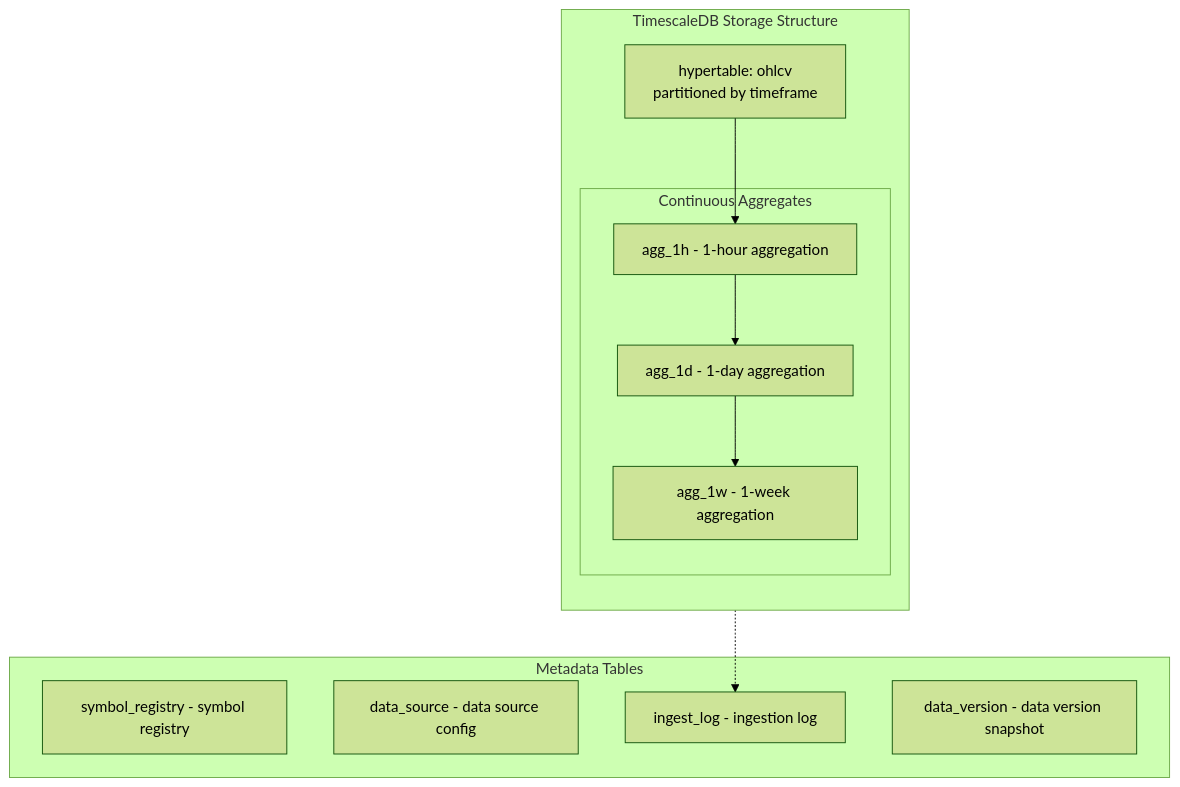
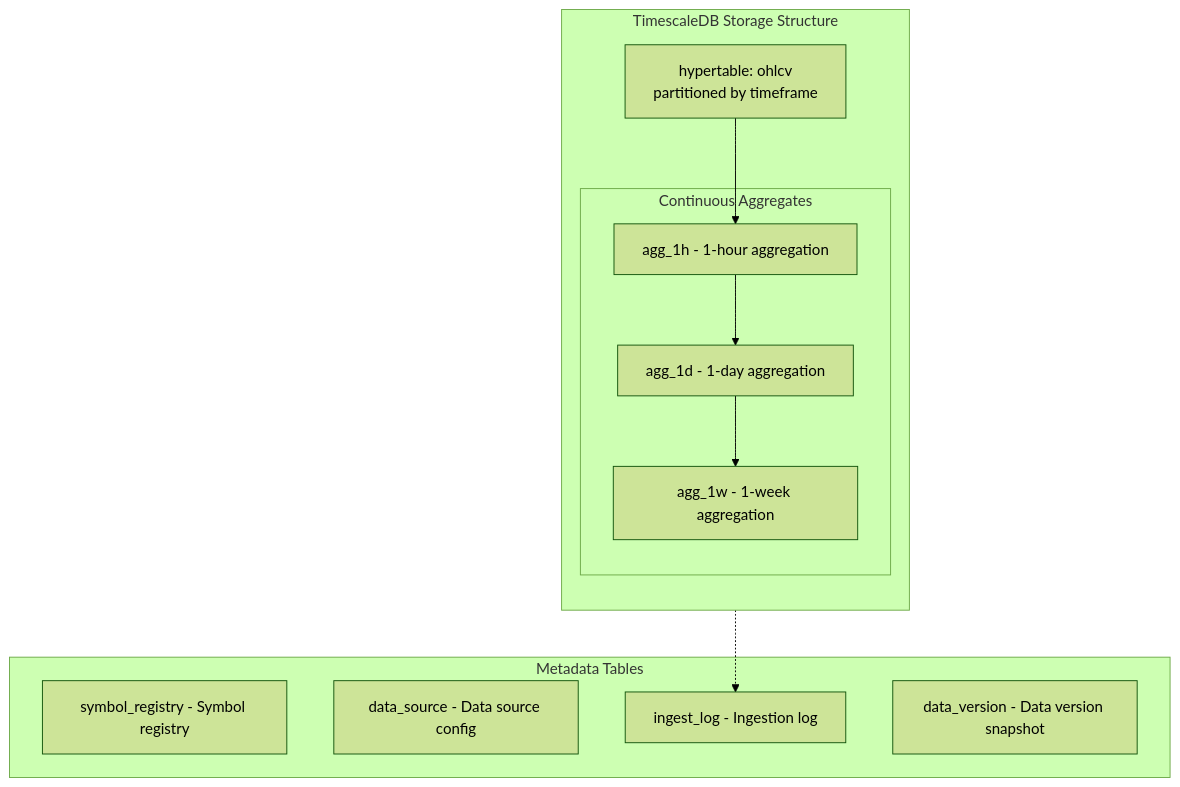
Before and after one commit to RESBI/StockStatistic: the eighth of 23 diagrams in DESIGN.md, drawn with Mermaid (forest theme). The commit also changed other lines of this file, not shown here.

````diff
--- a/DESIGN.md
+++ b/DESIGN.md
@@ -413,26 +428,26 @@
 ```mermaid
 graph TB
     subgraph "TimescaleDB Storage Structure"
         direction TB
         HT["hypertable: ohlcv<br/>partitioned by timeframe"]
         
         subgraph "Continuous Aggregates"
-            CA1["agg_1h - 1-hour aggregation"]
-            CA2["agg_1d - 1-day aggregation"]
-            CA3["agg_1w - 1-week aggregation"]
+            CA1[agg_1h - 1-hour aggregation]
+            CA2[agg_1d - 1-day aggregation]
+            CA3[agg_1w - 1-week aggregation]
         end
         
         HT --> CA1
         CA1 --> CA2
         CA2 --> CA3
     end
     
     subgraph "Metadata Tables"
-        MT1["symbol_registry - symbol registry"]
-        MT2["data_source - data source config"]
-        MT3["ingest_log - ingestion log"]
-        MT4["data_version - data version snapshot"]
+        MT1[symbol_registry - Symbol registry]
+        MT2[data_source - Data source config]
+        MT3[ingest_log - Ingestion log]
+        MT4[data_version - Data version snapshot]
     end
     
     HT -.-> MT3
 ```
````
